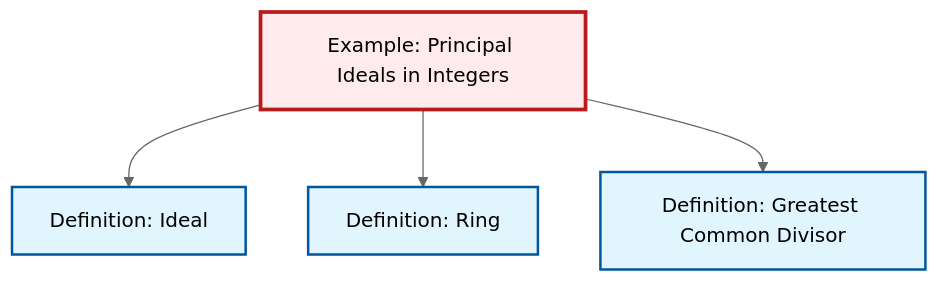
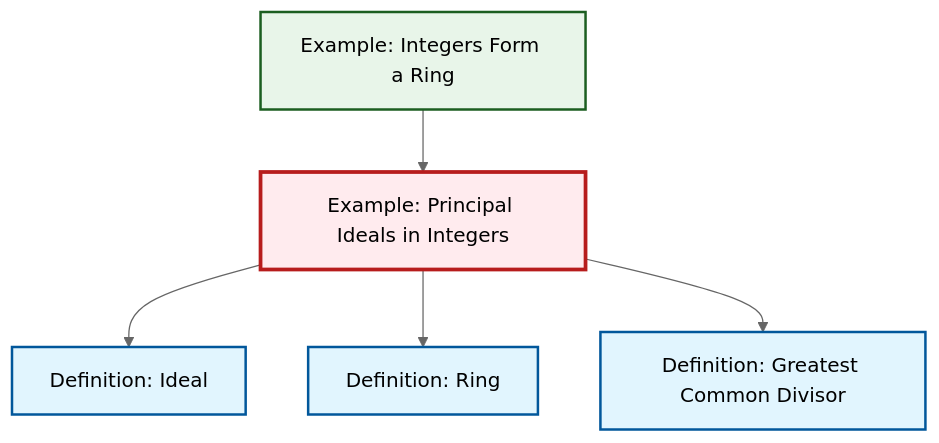
One commit to RK0429/ModernMath changed the diagram in content/en/algebra/ex-principal-ideal.qmd. Above: the diagram before and after it, drawn with Mermaid (neutral theme). The commit also changed 530 other files, not shown here.

````diff
--- a/content/en/algebra/ex-principal-ideal.qmd
+++ b/content/en/algebra/ex-principal-ideal.qmd
@@ -63,20 +63,23 @@
 ```{mermaid}
 %%| fig-cap: "Local dependency graph"
 graph TD
     classDef definition fill:#e1f5fe,stroke:#01579b,stroke-width:2px
     classDef theorem fill:#f3e5f5,stroke:#4a148c,stroke-width:2px
     classDef axiom fill:#fff3e0,stroke:#e65100,stroke-width:2px
     classDef example fill:#e8f5e9,stroke:#1b5e20,stroke-width:2px
     classDef current fill:#ffebee,stroke:#b71c1c,stroke-width:3px
+    def-ideal["Definition: Ideal"]:::definition
+    def-gcd["Definition: Greatest Common Divisor"]:::definition
+    def-ring["Definition: Ring"]:::definition
     ex-principal-ideal["Example: Principal Ideals in Integers"]:::example
-    def-ideal["Definition: Ideal"]:::definition
-    def-ring["Definition: Ring"]:::definition
-    def-gcd["Definition: Greatest Common Divisor"]:::definition
+    ex-integers-ring["Example: Integers Form a Ring"]:::example
     ex-principal-ideal --> def-ideal
+    ex-integers-ring --> ex-principal-ideal
     ex-principal-ideal --> def-ring
     ex-principal-ideal --> def-gcd
     class ex-principal-ideal current
     click def-ideal "def-ideal.html" "Go to Ideal definition"
+    click def-gcd "def-gcd.html" "Go to Greatest Common Divisor definition"
     click def-ring "def-ring.html" "Go to Ring definition"
-    click def-gcd "../number-theory/def-gcd.html" "Go to Greatest Common Divisor definition"
+    click ex-integers-ring "ex-integers-ring.html" "Go to Integers Form a Ring example"
 ```
````
